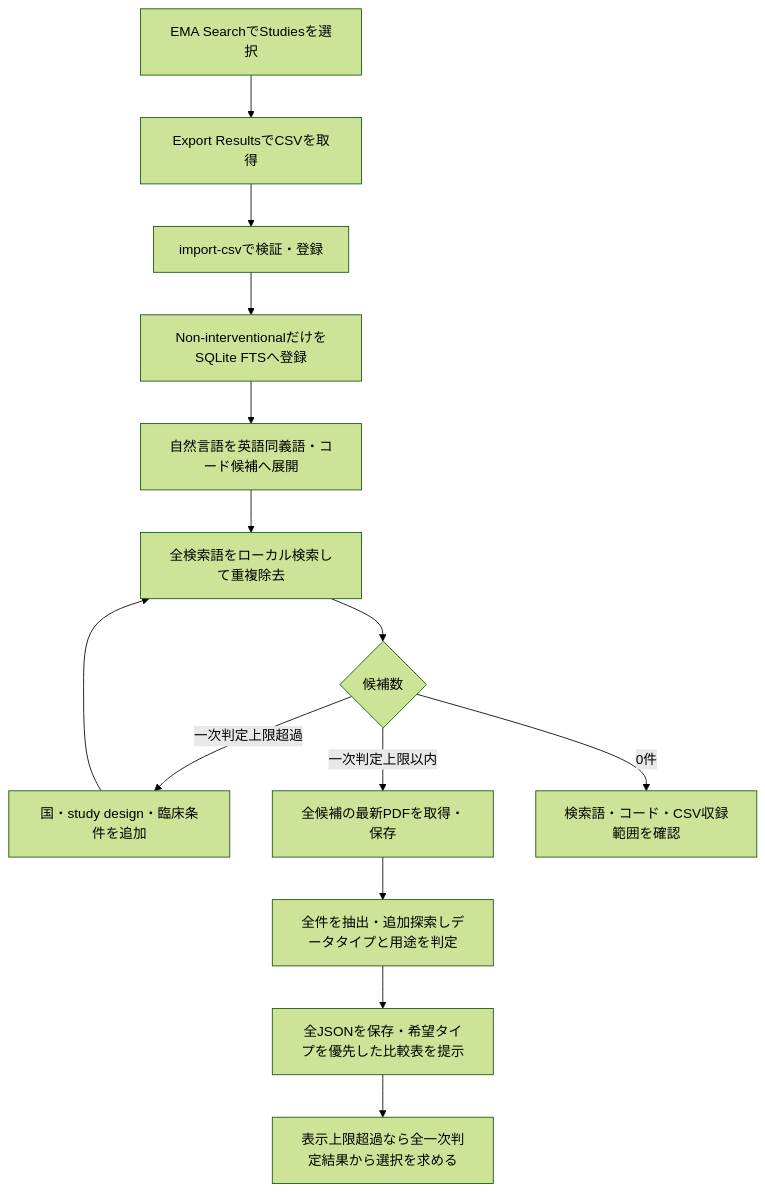
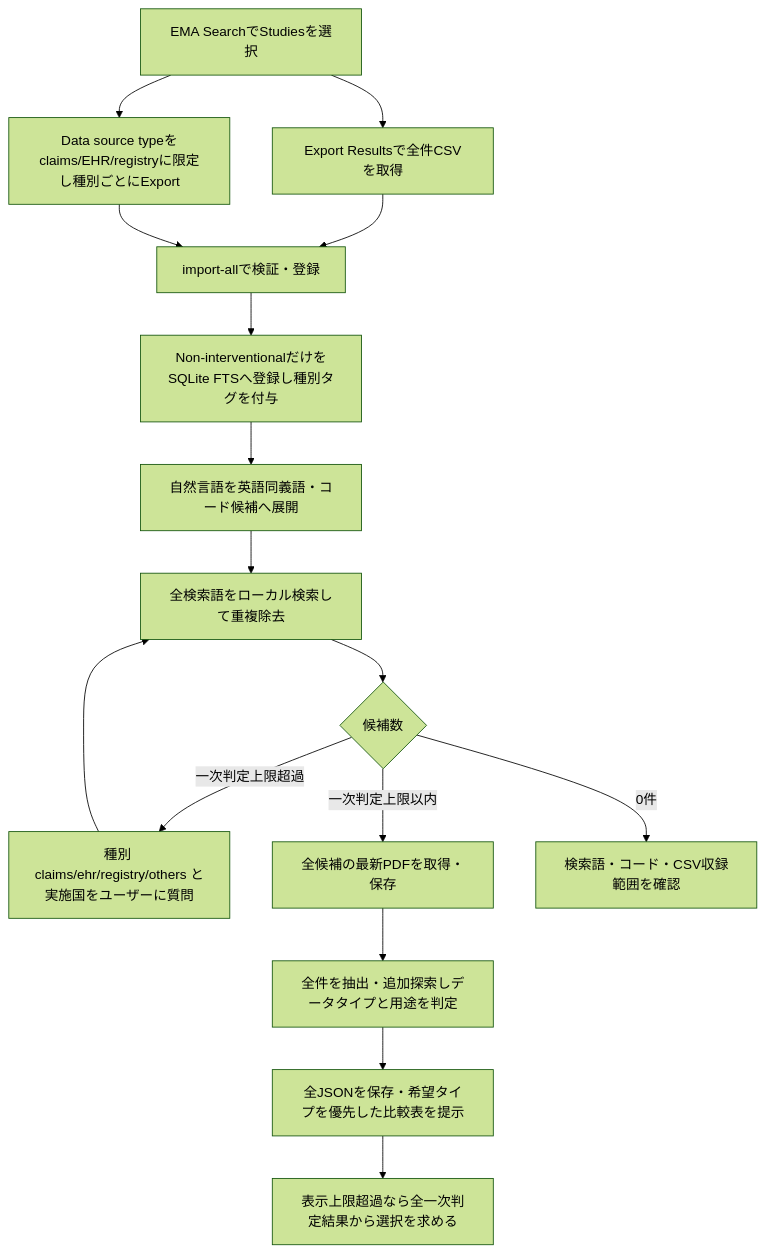
Before and after one commit to parfait0707/ema-rwe-mcp: the first of 2 diagrams in README.md, drawn with Mermaid (forest theme). The commit also changed other lines of this file and 3 other files, not shown here.

````diff
--- a/README.md
+++ b/README.md
@@ -34,16 +34,18 @@
 ```mermaid
 flowchart TD
-    A[EMA SearchでStudiesを選択] --> B[Export ResultsでCSVを取得]
-    B --> C[import-csvで検証・登録]
-    C --> D[Non-interventionalだけをSQLite FTSへ登録]
+    A[EMA SearchでStudiesを選択] --> B[Export Resultsで全件CSVを取得]
+    A --> B2[Data source typeをclaims/EHR/registryに限定し種別ごとにExport]
+    B --> C[import-allで検証・登録]
+    B2 --> C
+    C --> D[Non-interventionalだけをSQLite FTSへ登録し種別タグを付与]
     D --> E[自然言語を英語同義語・コード候補へ展開]
     E --> F[全検索語をローカル検索して重複除去]
     F --> G{候補数}
-    G -->|一次判定上限超過| H[国・study design・臨床条件を追加]
+    G -->|一次判定上限超過| H[種別 claims/ehr/registry/others と実施国をユーザーに質問]
     H --> F
     G -->|一次判定上限以内| I[全候補の最新PDFを取得・保存]
     I --> J[全件を抽出・追加探索しデータタイプと用途を判定]
     J --> K[全JSONを保存・希望タイプを優先した比較表を提示]
     K --> M[表示上限超過なら全一次判定結果から選択を求める]
     G -->|0件| L[検索語・コード・CSV収録範囲を確認]
 ```
````
